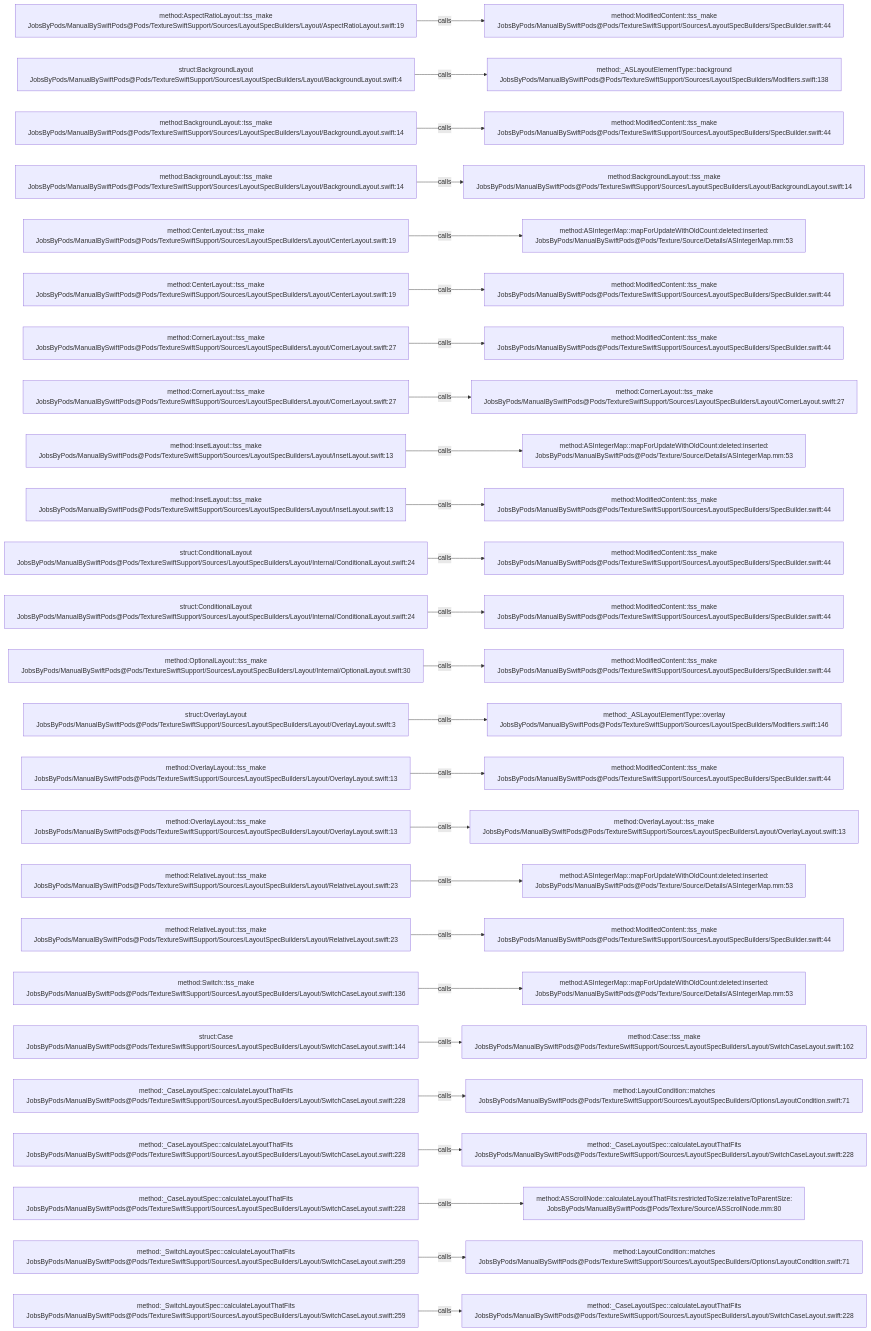
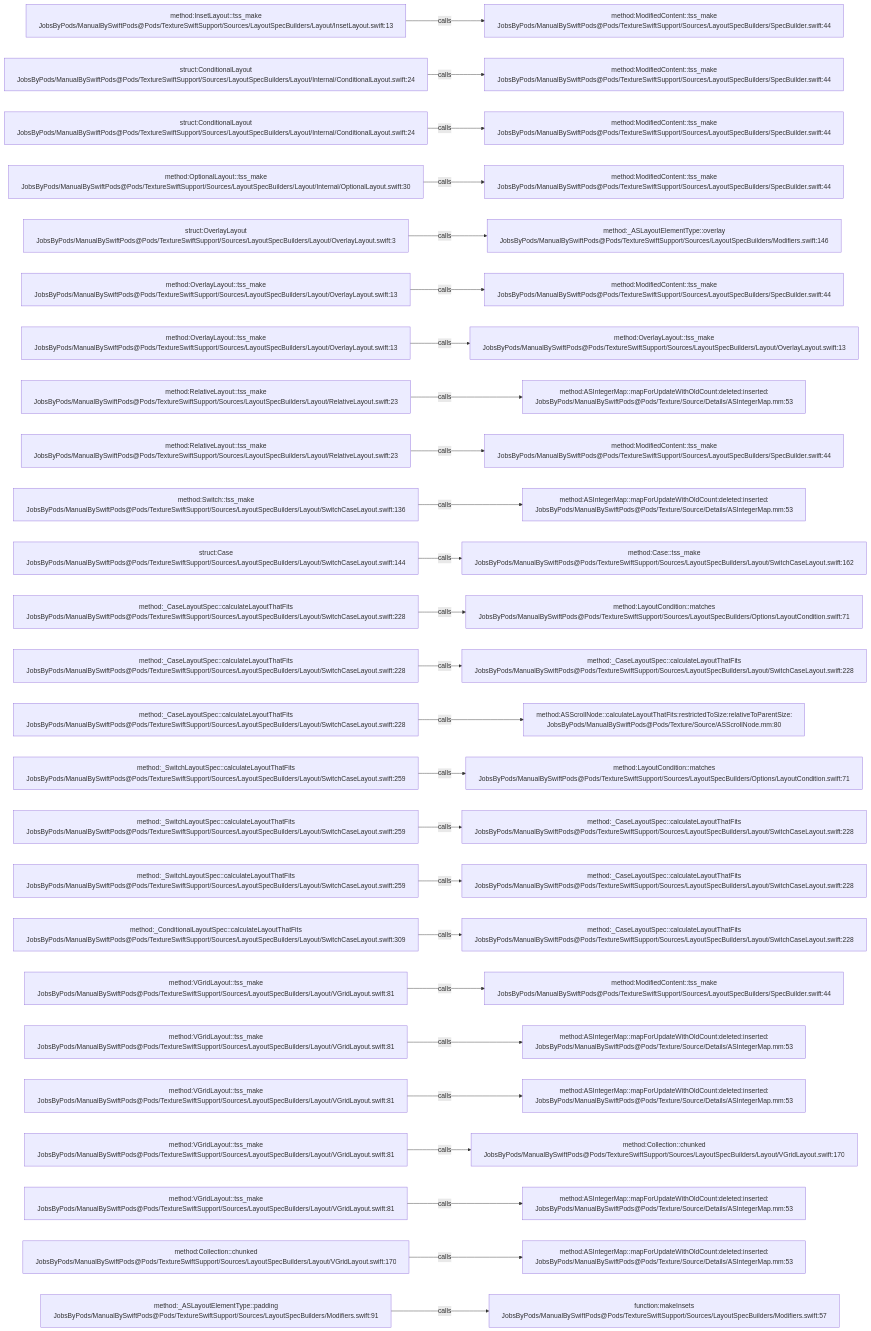
Before and after one commit to JobsKits/JobsSwiftBaseConfigDemo: the diagram in .codegraph/codegraph.md/graphs/calls-157.md, drawn with Mermaid. The commit also changed 707 other files, not shown here.

````diff
--- a/.codegraph/codegraph.md/graphs/calls-157.md
+++ b/.codegraph/codegraph.md/graphs/calls-157.md
@@ -13,78 +13,78 @@
 ```mermaid
 flowchart LR
-  S1["method:AspectRatioLayout::tss_make<br/>JobsByPods/ManualBySwiftPods@Pods/TextureSwiftSupport/Sources/LayoutSpecBuilders/Layout/AspectRatioLayout.swift:19"]
+  S1["method:InsetLayout::tss_make<br/>JobsByPods/ManualBySwiftPods@Pods/TextureSwiftSupport/Sources/LayoutSpecBuilders/Layout/InsetLayout.swift:13"]
   T1["method:ModifiedContent::tss_make<br/>JobsByPods/ManualBySwiftPods@Pods/TextureSwiftSupport/Sources/LayoutSpecBuilders/SpecBuilder.swift:44"]
   S1 -->|calls| T1
-  S2["struct:BackgroundLayout<br/>JobsByPods/ManualBySwiftPods@Pods/TextureSwiftSupport/Sources/LayoutSpecBuilders/Layout/BackgroundLayout.swift:4"]
-  T2["method:_ASLayoutElementType::background<br/>JobsByPods/ManualBySwiftPods@Pods/TextureSwiftSupport/Sources/LayoutSpecBuilders/Modifiers.swift:138"]
+  S2["struct:ConditionalLayout<br/>JobsByPods/ManualBySwiftPods@Pods/TextureSwiftSupport/Sources/LayoutSpecBuilders/Layout/Internal/ConditionalLayout.swift:24"]
+  T2["method:ModifiedContent::tss_make<br/>JobsByPods/ManualBySwiftPods@Pods/TextureSwiftSupport/Sources/LayoutSpecBuilders/SpecBuilder.swift:44"]
   S2 -->|calls| T2
-  S3["method:BackgroundLayout::tss_make<br/>JobsByPods/ManualBySwiftPods@Pods/TextureSwiftSupport/Sources/LayoutSpecBuilders/Layout/BackgroundLayout.swift:14"]
+  S3["struct:ConditionalLayout<br/>JobsByPods/ManualBySwiftPods@Pods/TextureSwiftSupport/Sources/LayoutSpecBuilders/Layout/Internal/ConditionalLayout.swift:24"]
   T3["method:ModifiedContent::tss_make<br/>JobsByPods/ManualBySwiftPods@Pods/TextureSwiftSupport/Sources/LayoutSpecBuilders/SpecBuilder.swift:44"]
   S3 -->|calls| T3
-  S4["method:BackgroundLayout::tss_make<br/>JobsByPods/ManualBySwiftPods@Pods/TextureSwiftSupport/Sources/LayoutSpecBuilders/Layout/BackgroundLayout.swift:14"]
-  T4["method:BackgroundLayout::tss_make<br/>JobsByPods/ManualBySwiftPods@Pods/TextureSwiftSupport/Sources/LayoutSpecBuilders/Layout/BackgroundLayout.swift:14"]
+  S4["method:OptionalLayout::tss_make<br/>JobsByPods/ManualBySwiftPods@Pods/TextureSwiftSupport/Sources/LayoutSpecBuilders/Layout/Internal/OptionalLayout.swift:30"]
+  T4["method:ModifiedContent::tss_make<br/>JobsByPods/ManualBySwiftPods@Pods/TextureSwiftSupport/Sources/LayoutSpecBuilders/SpecBuilder.swift:44"]
   S4 -->|calls| T4
-  S5["method:CenterLayout::tss_make<br/>JobsByPods/ManualBySwiftPods@Pods/TextureSwiftSupport/Sources/LayoutSpecBuilders/Layout/CenterLayout.swift:19"]
-  T5["method:ASIntegerMap::mapForUpdateWithOldCount:deleted:inserted:<br/>JobsByPods/ManualBySwiftPods@Pods/Texture/Source/Details/ASIntegerMap.mm:53"]
+  S5["struct:OverlayLayout<br/>JobsByPods/ManualBySwiftPods@Pods/TextureSwiftSupport/Sources/LayoutSpecBuilders/Layout/OverlayLayout.swift:3"]
+  T5["method:_ASLayoutElementType::overlay<br/>JobsByPods/ManualBySwiftPods@Pods/TextureSwiftSupport/Sources/LayoutSpecBuilders/Modifiers.swift:146"]
   S5 -->|calls| T5
-  S6["method:CenterLayout::tss_make<br/>JobsByPods/ManualBySwiftPods@Pods/TextureSwiftSupport/Sources/LayoutSpecBuilders/Layout/CenterLayout.swift:19"]
+  S6["method:OverlayLayout::tss_make<br/>JobsByPods/ManualBySwiftPods@Pods/TextureSwiftSupport/Sources/LayoutSpecBuilders/Layout/OverlayLayout.swift:13"]
   T6["method:ModifiedContent::tss_make<br/>JobsByPods/ManualBySwiftPods@Pods/TextureSwiftSupport/Sources/LayoutSpecBuilders/SpecBuilder.swift:44"]
   S6 -->|calls| T6
-  S7["method:CornerLayout::tss_make<br/>JobsByPods/ManualBySwiftPods@Pods/TextureSwiftSupport/Sources/LayoutSpecBuilders/Layout/CornerLayout.swift:27"]
-  T7["method:ModifiedContent::tss_make<br/>JobsByPods/ManualBySwiftPods@Pods/TextureSwiftSupport/Sources/LayoutSpecBuilders/SpecBuilder.swift:44"]
+  S7["method:OverlayLayout::tss_make<br/>JobsByPods/ManualBySwiftPods@Pods/TextureSwiftSupport/Sources/LayoutSpecBuilders/Layout/OverlayLayout.swift:13"]
+  T7["method:OverlayLayout::tss_make<br/>JobsByPods/ManualBySwiftPods@Pods/TextureSwiftSupport/Sources/LayoutSpecBuilders/Layout/OverlayLayout.swift:13"]
   S7 -->|calls| T7
-  S8["method:CornerLayout::tss_make<br/>JobsByPods/ManualBySwiftPods@Pods/TextureSwiftSupport/Sources/LayoutSpecBuilders/Layout/CornerLayout.swift:27"]
-  T8["method:CornerLayout::tss_make<br/>JobsByPods/ManualBySwiftPods@Pods/TextureSwiftSupport/Sources/LayoutSpecBuilders/Layout/CornerLayout.swift:27"]
+  S8["method:RelativeLayout::tss_make<br/>JobsByPods/ManualBySwiftPods@Pods/TextureSwiftSupport/Sources/LayoutSpecBuilders/Layout/RelativeLayout.swift:23"]
+  T8["method:ASIntegerMap::mapForUpdateWithOldCount:deleted:inserted:<br/>JobsByPods/ManualBySwiftPods@Pods/Texture/Source/Details/ASIntegerMap.mm:53"]
   S8 -->|calls| T8
-  S9["method:InsetLayout::tss_make<br/>JobsByPods/ManualBySwiftPods@Pods/TextureSwiftSupport/Sources/LayoutSpecBuilders/Layout/InsetLayout.swift:13"]
-  T9["method:ASIntegerMap::mapForUpdateWithOldCount:deleted:inserted:<br/>JobsByPods/ManualBySwiftPods@Pods/Texture/Source/Details/ASIntegerMap.mm:53"]
+  S9["method:RelativeLayout::tss_make<br/>JobsByPods/ManualBySwiftPods@Pods/TextureSwiftSupport/Sources/LayoutSpecBuilders/Layout/RelativeLayout.swift:23"]
+  T9["method:ModifiedContent::tss_make<br/>JobsByPods/ManualBySwiftPods@Pods/TextureSwiftSupport/Sources/LayoutSpecBuilders/SpecBuilder.swift:44"]
   S9 -->|calls| T9
-  S10["method:InsetLayout::tss_make<br/>JobsByPods/ManualBySwiftPods@Pods/TextureSwiftSupport/Sources/LayoutSpecBuilders/Layout/InsetLayout.swift:13"]
-  T10["method:ModifiedContent::tss_make<br/>JobsByPods/ManualBySwiftPods@Pods/TextureSwiftSupport/Sources/LayoutSpecBuilders/SpecBuilder.swift:44"]
+  S10["method:Switch::tss_make<br/>JobsByPods/ManualBySwiftPods@Pods/TextureSwiftSupport/Sources/LayoutSpecBuilders/Layout/SwitchCaseLayout.swift:136"]
+  T10["method:ASIntegerMap::mapForUpdateWithOldCount:deleted:inserted:<br/>JobsByPods/ManualBySwiftPods@Pods/Texture/Source/Details/ASIntegerMap.mm:53"]
   S10 -->|calls| T10
-  S11["struct:ConditionalLayout<br/>JobsByPods/ManualBySwiftPods@Pods/TextureSwiftSupport/Sources/LayoutSpecBuilders/Layout/Internal/ConditionalLayout.swift:24"]
-  T11["method:ModifiedContent::tss_make<br/>JobsByPods/ManualBySwiftPods@Pods/TextureSwiftSupport/Sources/LayoutSpecBuilders/SpecBuilder.swift:44"]
+  S11["struct:Case<br/>JobsByPods/ManualBySwiftPods@Pods/TextureSwiftSupport/Sources/LayoutSpecBuilders/Layout/SwitchCaseLayout.swift:144"]
+  T11["method:Case::tss_make<br/>JobsByPods/ManualBySwiftPods@Pods/TextureSwiftSupport/Sources/LayoutSpecBuilders/Layout/SwitchCaseLayout.swift:162"]
   S11 -->|calls| T11
-  S12["struct:ConditionalLayout<br/>JobsByPods/ManualBySwiftPods@Pods/TextureSwiftSupport/Sources/LayoutSpecBuilders/Layout/Internal/ConditionalLayout.swift:24"]
-  T12["method:ModifiedContent::tss_make<br/>JobsByPods/ManualBySwiftPods@Pods/TextureSwiftSupport/Sources/LayoutSpecBuilders/SpecBuilder.swift:44"]
+  S12["method:_CaseLayoutSpec::calculateLayoutThatFits<br/>JobsByPods/ManualBySwiftPods@Pods/TextureSwiftSupport/Sources/LayoutSpecBuilders/Layout/SwitchCaseLayout.swift:228"]
+  T12["method:LayoutCondition::matches<br/>JobsByPods/ManualBySwiftPods@Pods/TextureSwiftSupport/Sources/LayoutSpecBuilders/Options/LayoutCondition.swift:71"]
   S12 -->|calls| T12
-  S13["method:OptionalLayout::tss_make<br/>JobsByPods/ManualBySwiftPods@Pods/TextureSwiftSupport/Sources/LayoutSpecBuilders/Layout/Internal/OptionalLayout.swift:30"]
-  T13["method:ModifiedContent::tss_make<br/>JobsByPods/ManualBySwiftPods@Pods/TextureSwiftSupport/Sources/LayoutSpecBuilders/SpecBuilder.swift:44"]
+  S13["method:_CaseLayoutSpec::calculateLayoutThatFits<br/>JobsByPods/ManualBySwiftPods@Pods/TextureSwiftSupport/Sources/LayoutSpecBuilders/Layout/SwitchCaseLayout.swift:228"]
+  T13["method:_CaseLayoutSpec::calculateLayoutThatFits<br/>JobsByPods/ManualBySwiftPods@Pods/TextureSwiftSupport/Sources/LayoutSpecBuilders/Layout/SwitchCaseLayout.swift:228"]
   S13 -->|calls| T13
-  S14["struct:OverlayLayout<br/>JobsByPods/ManualBySwiftPods@Pods/TextureSwiftSupport/Sources/LayoutSpecBuilders/Layout/OverlayLayout.swift:3"]
-  T14["method:_ASLayoutElementType::overlay<br/>JobsByPods/ManualBySwiftPods@Pods/TextureSwiftSupport/Sources/LayoutSpecBuilders/Modifiers.swift:146"]
+  S14["method:_CaseLayoutSpec::calculateLayoutThatFits<br/>JobsByPods/ManualBySwiftPods@Pods/TextureSwiftSupport/Sources/LayoutSpecBuilders/Layout/SwitchCaseLayout.swift:228"]
+  T14["method:ASScrollNode::calculateLayoutThatFits:restrictedToSize:relativeToParentSize:<br/>JobsByPods/ManualBySwiftPods@Pods/Texture/Source/ASScrollNode.mm:80"]
   S14 -->|calls| T14
-  S15["method:OverlayLayout::tss_make<br/>JobsByPods/ManualBySwiftPods@Pods/TextureSwiftSupport/Sources/LayoutSpecBuilders/Layout/OverlayLayout.swift:13"]
-  T15["method:ModifiedContent::tss_make<br/>JobsByPods/ManualBySwiftPods@Pods/TextureSwiftSupport/Sources/LayoutSpecBuilders/SpecBuilder.swift:44"]
+  S15["method:_SwitchLayoutSpec::calculateLayoutThatFits<br/>JobsByPods/ManualBySwiftPods@Pods/TextureSwiftSupport/Sources/LayoutSpecBuilders/Layout/SwitchCaseLayout.swift:259"]
+  T15["method:LayoutCondition::matches<br/>JobsByPods/ManualBySwiftPods@Pods/TextureSwiftSupport/Sources/LayoutSpecBuilders/Options/LayoutCondition.swift:71"]
   S15 -->|calls| T15
-  S16["method:OverlayLayout::tss_make<br/>JobsByPods/ManualBySwiftPods@Pods/TextureSwiftSupport/Sources/LayoutSpecBuilders/Layout/OverlayLayout.swift:13"]
-  T16["method:OverlayLayout::tss_make<br/>JobsByPods/ManualBySwiftPods@Pods/TextureSwiftSupport/Sources/LayoutSpecBuilders/Layout/OverlayLayout.swift:13"]
+  S16["method:_SwitchLayoutSpec::calculateLayoutThatFits<br/>JobsByPods/ManualBySwiftPods@Pods/TextureSwiftSupport/Sources/LayoutSpecBuilders/Layout/SwitchCaseLayout.swift:259"]
+  T16["method:_CaseLayoutSpec::calculateLayoutThatFits<br/>JobsByPods/ManualBySwiftPods@Pods/TextureSwiftSupport/Sources/LayoutSpecBuilders/Layout/SwitchCaseLayout.swift:228"]
   S16 -->|calls| T16
-  S17["method:RelativeLayout::tss_make<br/>JobsByPods/ManualBySwiftPods@Pods/TextureSwiftSupport/Sources/LayoutSpecBuilders/Layout/RelativeLayout.swift:23"]
-  T17["method:ASIntegerMap::mapForUpdateWithOldCount:deleted:inserted:<br/>JobsByPods/ManualBySwiftPods@Pods/Texture/Source/Details/ASIntegerMap.mm:53"]
+  S17["method:_SwitchLayoutSpec::calculateLayoutThatFits<br/>JobsByPods/ManualBySwiftPods@Pods/TextureSwiftSupport/Sources/LayoutSpecBuilders/Layout/SwitchCaseLayout.swift:259"]
+  T17["method:_CaseLayoutSpec::calculateLayoutThatFits<br/>JobsByPods/ManualBySwiftPods@Pods/TextureSwiftSupport/Sources/LayoutSpecBuilders/Layout/SwitchCaseLayout.swift:228"]
   S17 -->|calls| T17
-  S18["method:RelativeLayout::tss_make<br/>JobsByPods/ManualBySwiftPods@Pods/TextureSwiftSupport/Sources/LayoutSpecBuilders/Layout/RelativeLayout.swift:23"]
-  T18["method:ModifiedContent::tss_make<br/>JobsByPods/ManualBySwiftPods@Pods/TextureSwiftSupport/Sources/LayoutSpecBuilders/SpecBuilder.swift:44"]
+  S18["method:_ConditionalLayoutSpec::calculateLayoutThatFits<br/>JobsByPods/ManualBySwiftPods@Pods/TextureSwiftSupport/Sources/LayoutSpecBuilders/Layout/SwitchCaseLayout.swift:309"]
+  T18["method:_CaseLayoutSpec::calculateLayoutThatFits<br/>JobsByPods/ManualBySwiftPods@Pods/TextureSwiftSupport/Sources/LayoutSpecBuilders/Layout/SwitchCaseLayout.swift:228"]
   S18 -->|calls| T18
-  S19["method:Switch::tss_make<br/>JobsByPods/ManualBySwiftPods@Pods/TextureSwiftSupport/Sources/LayoutSpecBuilders/Layout/SwitchCaseLayout.swift:136"]
-  T19["method:ASIntegerMap::mapForUpdateWithOldCount:deleted:inserted:<br/>JobsByPods/ManualBySwiftPods@Pods/Texture/Source/Details/ASIntegerMap.mm:53"]
+  S19["method:VGridLayout::tss_make<br/>JobsByPods/ManualBySwiftPods@Pods/TextureSwiftSupport/Sources/LayoutSpecBuilders/Layout/VGridLayout.swift:81"]
+  T19["method:ModifiedContent::tss_make<br/>JobsByPods/ManualBySwiftPods@Pods/TextureSwiftSupport/Sources/LayoutSpecBuilders/SpecBuilder.swift:44"]
   S19 -->|calls| T19
-  S20["struct:Case<br/>JobsByPods/ManualBySwiftPods@Pods/TextureSwiftSupport/Sources/LayoutSpecBuilders/Layout/SwitchCaseLayout.swift:144"]
-  T20["method:Case::tss_make<br/>JobsByPods/ManualBySwiftPods@Pods/TextureSwiftSupport/Sources/LayoutSpecBuilders/Layout/SwitchCaseLayout.swift:162"]
+  S20["method:VGridLayout::tss_make<br/>JobsByPods/ManualBySwiftPods@Pods/TextureSwiftSupport/Sources/LayoutSpecBuilders/Layout/VGridLayout.swift:81"]
+  T20["method:ASIntegerMap::mapForUpdateWithOldCount:deleted:inserted:<br/>JobsByPods/ManualBySwiftPods@Pods/Texture/Source/Details/ASIntegerMap.mm:53"]
   S20 -->|calls| T20
-  S21["method:_CaseLayoutSpec::calculateLayoutThatFits<br/>JobsByPods/ManualBySwiftPods@Pods/TextureSwiftSupport/Sources/LayoutSpecBuilders/Layout/SwitchCaseLayout.swift:228"]
-  T21["method:LayoutCondition::matches<br/>JobsByPods/ManualBySwiftPods@Pods/TextureSwiftSupport/Sources/LayoutSpecBuilders/Options/LayoutCondition.swift:71"]
+  S21["method:VGridLayout::tss_make<br/>JobsByPods/ManualBySwiftPods@Pods/TextureSwiftSupport/Sources/LayoutSpecBuilders/Layout/VGridLayout.swift:81"]
+  T21["method:ASIntegerMap::mapForUpdateWithOldCount:deleted:inserted:<br/>JobsByPods/ManualBySwiftPods@Pods/Texture/Source/Details/ASIntegerMap.mm:53"]
   S21 -->|calls| T21
-  S22["method:_CaseLayoutSpec::calculateLayoutThatFits<br/>JobsByPods/ManualBySwiftPods@Pods/TextureSwiftSupport/Sources/LayoutSpecBuilders/Layout/SwitchCaseLayout.swift:228"]
-  T22["method:_CaseLayoutSpec::calculateLayoutThatFits<br/>JobsByPods/ManualBySwiftPods@Pods/TextureSwiftSupport/Sources/LayoutSpecBuilders/Layout/SwitchCaseLayout.swift:228"]
+  S22["method:VGridLayout::tss_make<br/>JobsByPods/ManualBySwiftPods@Pods/TextureSwiftSupport/Sources/LayoutSpecBuilders/Layout/VGridLayout.swift:81"]
+  T22["method:Collection::chunked<br/>JobsByPods/ManualBySwiftPods@Pods/TextureSwiftSupport/Sources/LayoutSpecBuilders/Layout/VGridLayout.swift:170"]
   S22 -->|calls| T22
-  S23["method:_CaseLayoutSpec::calculateLayoutThatFits<br/>JobsByPods/ManualBySwiftPods@Pods/TextureSwiftSupport/Sources/LayoutSpecBuilders/Layout/SwitchCaseLayout.swift:228"]
-  T23["method:ASScrollNode::calculateLayoutThatFits:restrictedToSize:relativeToParentSize:<br/>JobsByPods/ManualBySwiftPods@Pods/Texture/Source/ASScrollNode.mm:80"]
+  S23["method:VGridLayout::tss_make<br/>JobsByPods/ManualBySwiftPods@Pods/TextureSwiftSupport/Sources/LayoutSpecBuilders/Layout/VGridLayout.swift:81"]
+  T23["method:ASIntegerMap::mapForUpdateWithOldCount:deleted:inserted:<br/>JobsByPods/ManualBySwiftPods@Pods/Texture/Source/Details/ASIntegerMap.mm:53"]
   S23 -->|calls| T23
-  S24["method:_SwitchLayoutSpec::calculateLayoutThatFits<br/>JobsByPods/ManualBySwiftPods@Pods/TextureSwiftSupport/Sources/LayoutSpecBuilders/Layout/SwitchCaseLayout.swift:259"]
-  T24["method:LayoutCondition::matches<br/>JobsByPods/ManualBySwiftPods@Pods/TextureSwiftSupport/Sources/LayoutSpecBuilders/Options/LayoutCondition.swift:71"]
+  S24["method:Collection::chunked<br/>JobsByPods/ManualBySwiftPods@Pods/TextureSwiftSupport/Sources/LayoutSpecBuilders/Layout/VGridLayout.swift:170"]
+  T24["method:ASIntegerMap::mapForUpdateWithOldCount:deleted:inserted:<br/>JobsByPods/ManualBySwiftPods@Pods/Texture/Source/Details/ASIntegerMap.mm:53"]
   S24 -->|calls| T24
-  S25["method:_SwitchLayoutSpec::calculateLayoutThatFits<br/>JobsByPods/ManualBySwiftPods@Pods/TextureSwiftSupport/Sources/LayoutSpecBuilders/Layout/SwitchCaseLayout.swift:259"]
-  T25["method:_CaseLayoutSpec::calculateLayoutThatFits<br/>JobsByPods/ManualBySwiftPods@Pods/TextureSwiftSupport/Sources/LayoutSpecBuilders/Layout/SwitchCaseLayout.swift:228"]
+  S25["method:_ASLayoutElementType::padding<br/>JobsByPods/ManualBySwiftPods@Pods/TextureSwiftSupport/Sources/LayoutSpecBuilders/Modifiers.swift:91"]
+  T25["function:makeInsets<br/>JobsByPods/ManualBySwiftPods@Pods/TextureSwiftSupport/Sources/LayoutSpecBuilders/Modifiers.swift:57"]
   S25 -->|calls| T25
 ```
````
